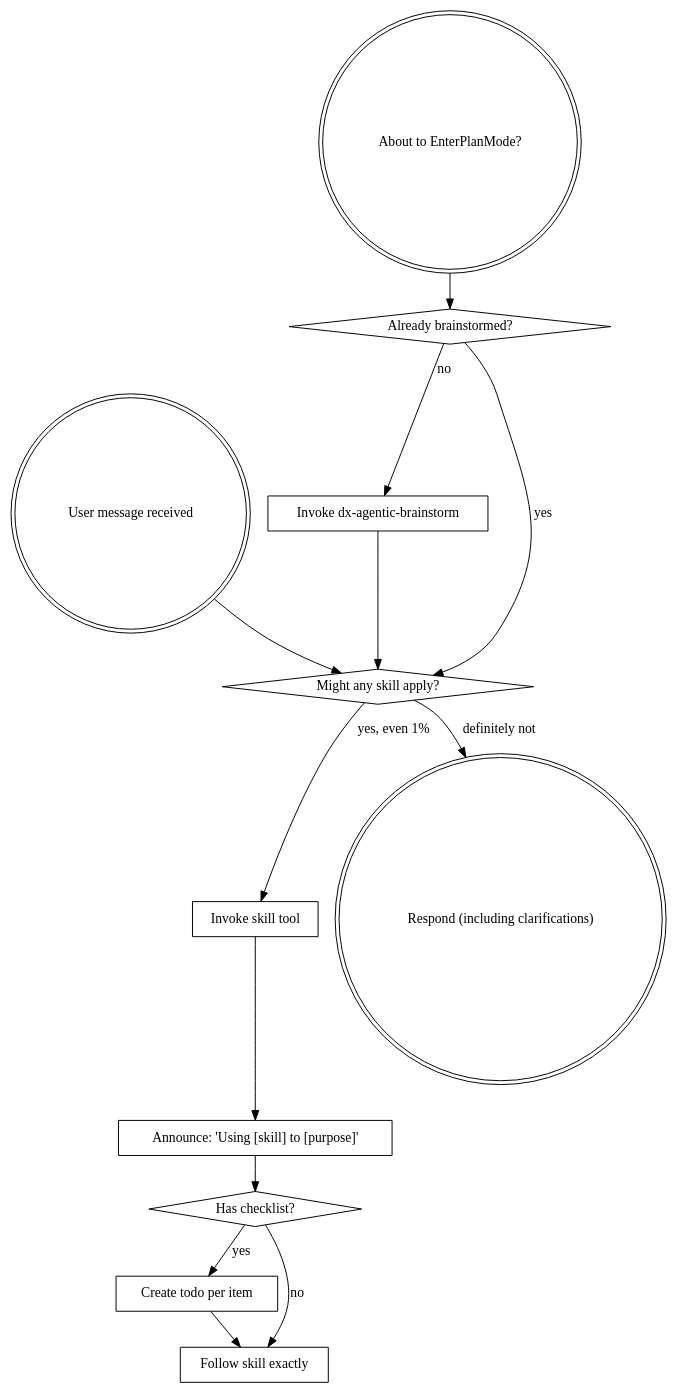
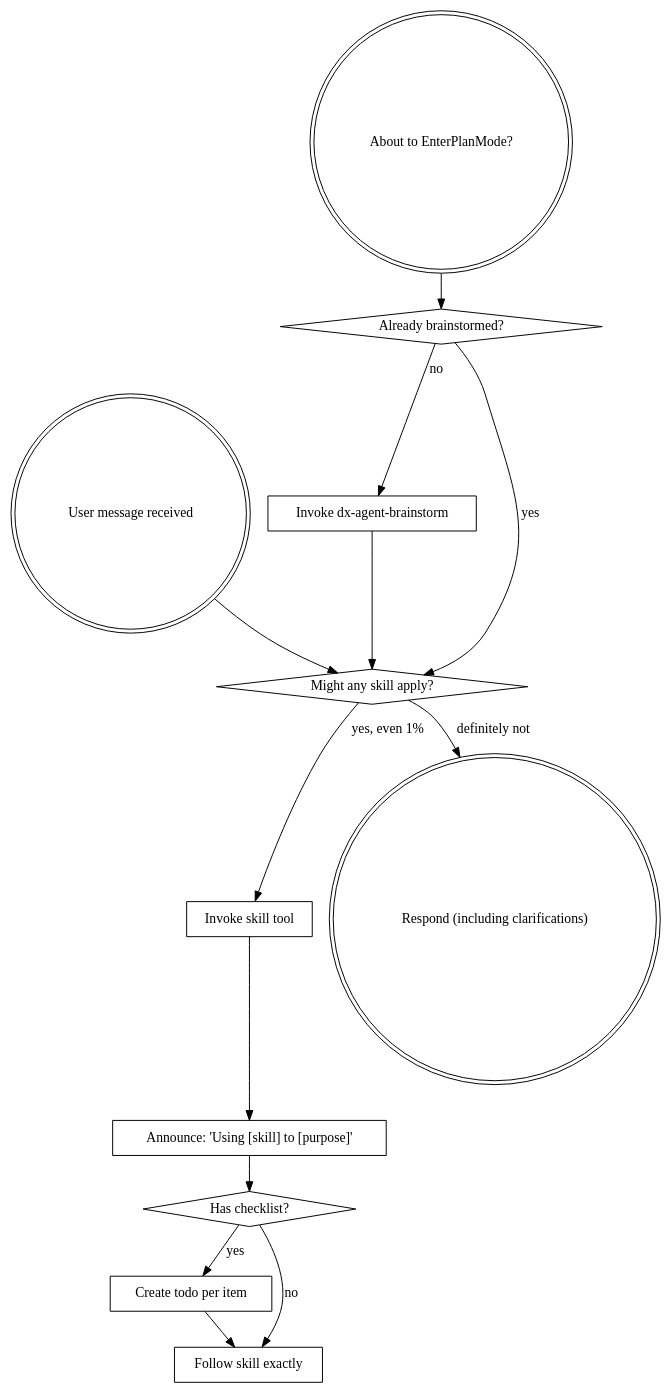
The diagram in .deepx/skills/dx-skill-router/SKILL.md (DEEPX-AI/dx_app), drawn with Graphviz before and after one commit. The commit also changed other lines of this file and 128 other files, not shown here.

First line of the commit message:
refactor(rebrand): dx-agentic-* → dx-agent-*, Agentic Development → Agent-Driven Development

````diff
--- a/.deepx/skills/dx-skill-router/SKILL.md
+++ b/.deepx/skills/dx-skill-router/SKILL.md
@@ -36,29 +36,29 @@
 ```dot
 digraph skill_flow {
     "User message received" [shape=doublecircle];
     "About to EnterPlanMode?" [shape=doublecircle];
     "Already brainstormed?" [shape=diamond];
-    "Invoke dx-agentic-brainstorm" [shape=box];
+    "Invoke dx-agent-brainstorm" [shape=box];
     "Might any skill apply?" [shape=diamond];
     "Invoke skill tool" [shape=box];
     "Announce: 'Using [skill] to [purpose]'" [shape=box];
     "Has checklist?" [shape=diamond];
     "Create todo per item" [shape=box];
     "Follow skill exactly" [shape=box];
     "Respond (including clarifications)" [shape=doublecircle];
 
     "About to EnterPlanMode?" -> "Already brainstormed?";
-    "Already brainstormed?" -> "Invoke dx-agentic-brainstorm" [label="no"];
+    "Already brainstormed?" -> "Invoke dx-agent-brainstorm" [label="no"];
     "Already brainstormed?" -> "Might any skill apply?" [label="yes"];
-    "Invoke dx-agentic-brainstorm" -> "Might any skill apply?";
+    "Invoke dx-agent-brainstorm" -> "Might any skill apply?";
 
     "User message received" -> "Might any skill apply?";
     "Might any skill apply?" -> "Invoke skill tool" [label="yes, even 1%"];
     "Might any skill apply?" -> "Respond (including clarifications)" [label="definitely not"];
     "Invoke skill tool" -> "Announce: 'Using [skill] to [purpose]'";
     "Announce: 'Using [skill] to [purpose]'" -> "Has checklist?";
     "Has checklist?" -> "Create todo per item" [label="yes"];
     "Has checklist?" -> "Follow skill exactly" [label="no"];
     "Create todo per item" -> "Follow skill exactly";
 }
 ```
````
